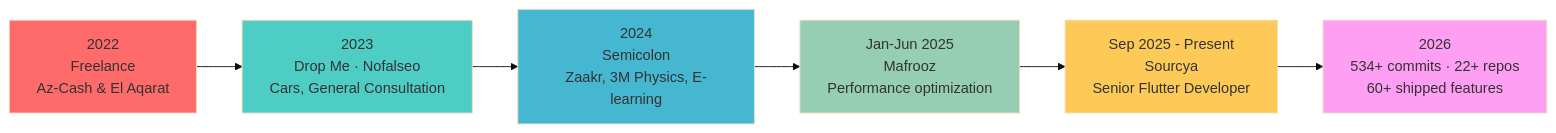
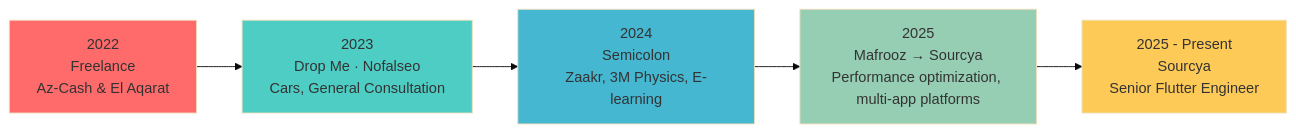
The second of 4 diagrams in README.md (OmarSaeed20/OmarSaeed20), drawn with Mermaid (base theme) before and after one commit. The commit also changed other lines of this file and 1 other file, not shown here.

Commit message:
Update profile + sourcya project references

````diff
--- a/README.md
+++ b/README.md
@@ -170,15 +164,13 @@
 ```mermaid
 graph LR
     A["2022<br/>Freelance<br/>Az-Cash & El Aqarat"] --> B["2023<br/>Drop Me · Nofalseo<br/>Cars, General Consultation"]
     B --> C["2024<br/>Semicolon<br/>Zaakr, 3M Physics, E-learning"]
-    C --> D["Jan-Jun 2025<br/>Mafrooz<br/>Performance optimization"]
-    D --> E["Sep 2025 - Present<br/>Sourcya<br/>Senior Flutter Developer"]
-    E --> F["2026<br/>534+ commits · 22+ repos<br/>60+ shipped features"]
+    C --> D["2025<br/>Mafrooz → Sourcya<br/>Performance optimization, multi-app platforms"]
+    D --> E["2025 - Present<br/>Sourcya<br/>Senior Flutter Engineer"]
 
     style A fill:#FF6B6B
     style B fill:#4ECDC4
     style C fill:#45B7D1
     style D fill:#96CEB4
     style E fill:#FECA57
-    style F fill:#FF9FF3
 ```
````
